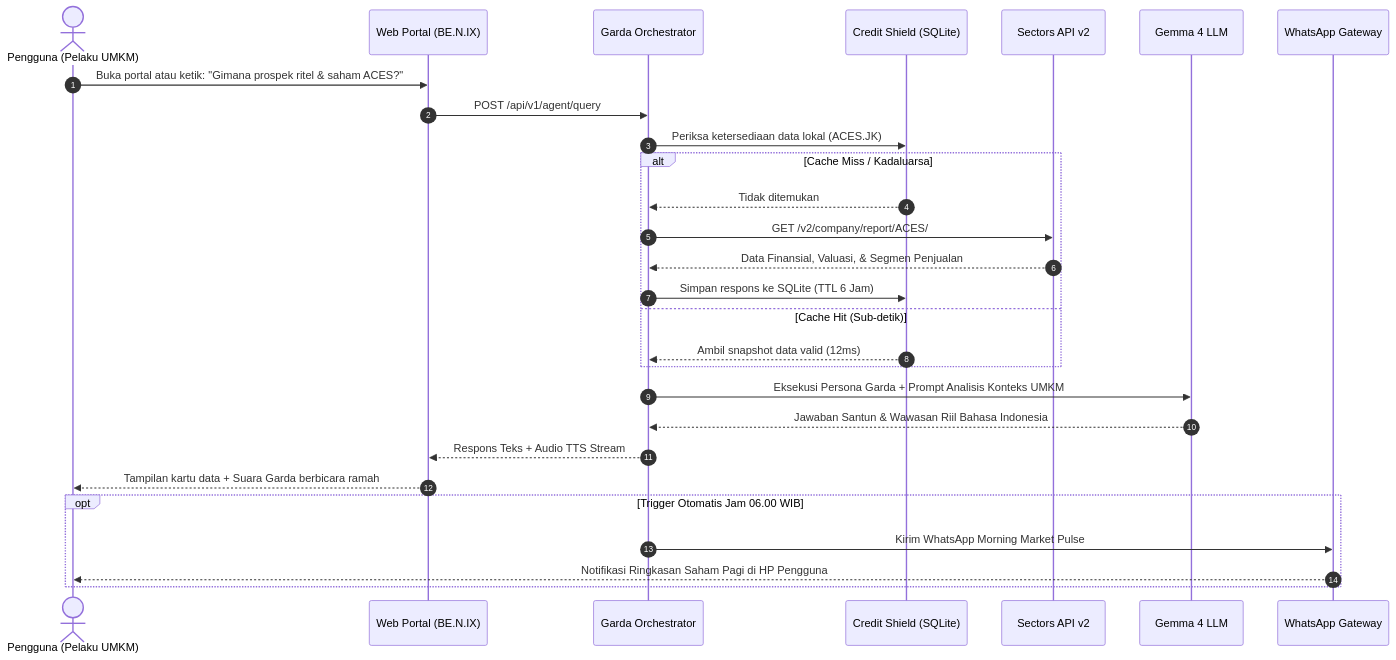
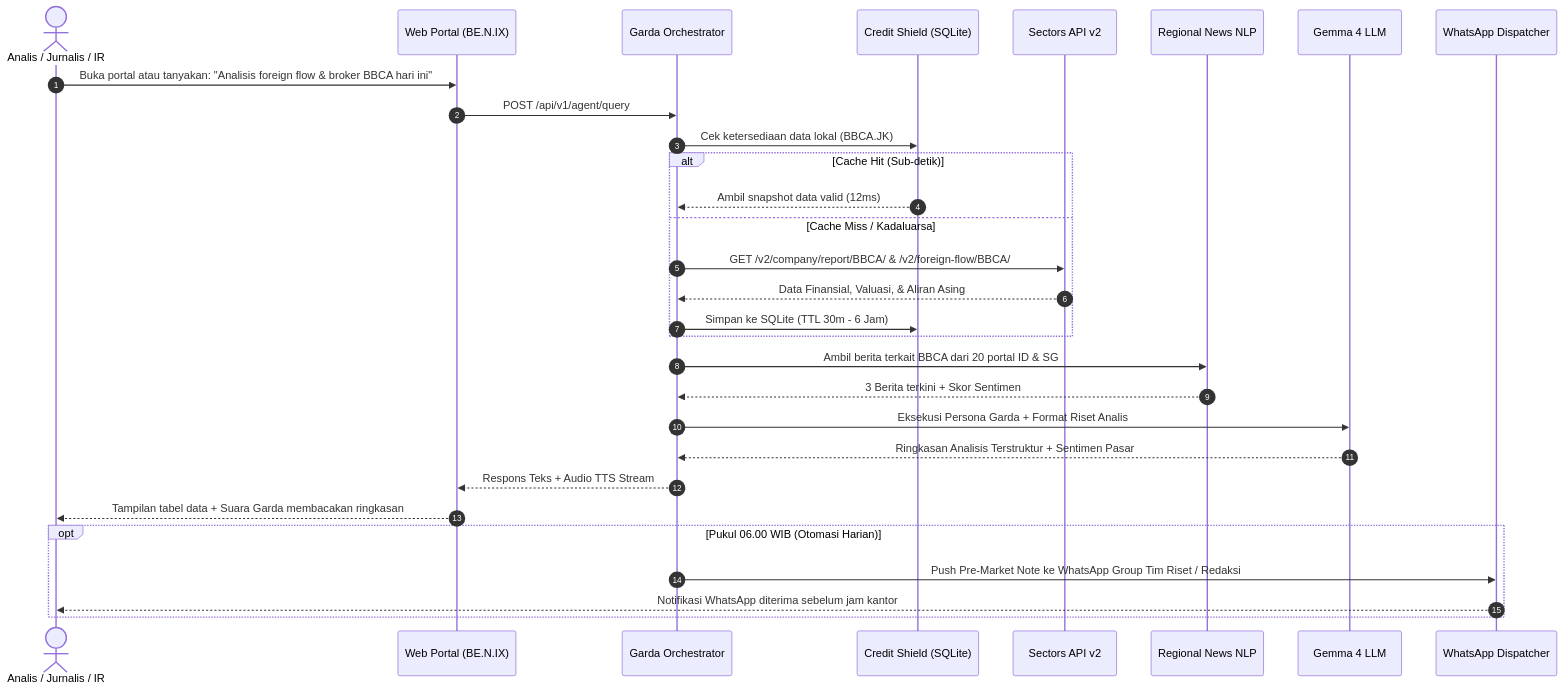
Before and after one commit to cubbis-com/benix-sectors-api: the diagram in DESIGN_THINKING.md, drawn with Mermaid. The commit also changed other lines of this file, not shown here.

Commit message:
docs: refocus Design Thinking user personas to Equity Research, Financial Journalists, and Investor Relations

````diff
--- a/DESIGN_THINKING.md
+++ b/DESIGN_THINKING.md
@@ -217,31 +240,33 @@
 ```mermaid
 sequenceDiagram
     autonumber
-    actor User as Pengguna (Pelaku UMKM)
+    actor Pro as Analis / Jurnalis / IR
     participant UI as Web Portal (BE.N.IX)
     participant Orch as Garda Orchestrator
     participant Cache as Credit Shield (SQLite)
     participant Sectors as Sectors API v2
+    participant Scraper as Regional News NLP
     participant LLM as Gemma 4 LLM
-    participant WA as WhatsApp Gateway
+    participant WA as WhatsApp Dispatcher
 
-    User->>UI: Buka portal atau ketik: "Gimana prospek ritel & saham ACES?"
+    Pro->>UI: Buka portal atau tanyakan: "Analisis foreign flow & broker BBCA hari ini"
     UI->>Orch: POST /api/v1/agent/query
-    Orch->>Cache: Periksa ketersediaan data lokal (ACES.JK)
-    alt Cache Miss / Kadaluarsa
-        Cache-->>Orch: Tidak ditemukan
-        Orch->>Sectors: GET /v2/company/report/ACES/
-        Sectors-->>Orch: Data Finansial, Valuasi, & Segmen Penjualan
-        Orch->>Cache: Simpan respons ke SQLite (TTL 6 Jam)
-    else Cache Hit (Sub-detik)
+    Orch->>Cache: Cek ketersediaan data lokal (BBCA.JK)
+    alt Cache Hit (Sub-detik)
         Cache-->>Orch: Ambil snapshot data valid (12ms)
+    else Cache Miss / Kadaluarsa
+        Orch->>Sectors: GET /v2/company/report/BBCA/ & /v2/foreign-flow/BBCA/
+        Sectors-->>Orch: Data Finansial, Valuasi, & Aliran Asing
+        Orch->>Cache: Simpan ke SQLite (TTL 30m - 6 Jam)
     end
-    Orch->>LLM: Eksekusi Persona Garda + Prompt Analisis Konteks UMKM
-    LLM-->>Orch: Jawaban Santun & Wawasan Riil Bahasa Indonesia
+    Orch->>Scraper: Ambil berita terkait BBCA dari 20 portal ID & SG
+    Scraper-->>Orch: 3 Berita terkini + Skor Sentimen
+    Orch->>LLM: Eksekusi Persona Garda + Format Riset Analis
+    LLM-->>Orch: Ringkasan Analisis Terstruktur + Sentimen Pasar
     Orch-->>UI: Respons Teks + Audio TTS Stream
-    UI-->>User: Tampilan kartu data + Suara Garda berbicara ramah
-    opt Trigger Otomatis Jam 06.00 WIB
-        Orch->>WA: Kirim WhatsApp Morning Market Pulse
-        WA-->>User: Notifikasi Ringkasan Saham Pagi di HP Pengguna
+    UI-->>Pro: Tampilan tabel data + Suara Garda membacakan ringkasan
+    opt Pukul 06.00 WIB (Otomasi Harian)
+        Orch->>WA: Push Pre-Market Note ke WhatsApp Group Tim Riset / Redaksi
+        WA-->>Pro: Notifikasi WhatsApp diterima sebelum jam kantor
     end
 ```
````
